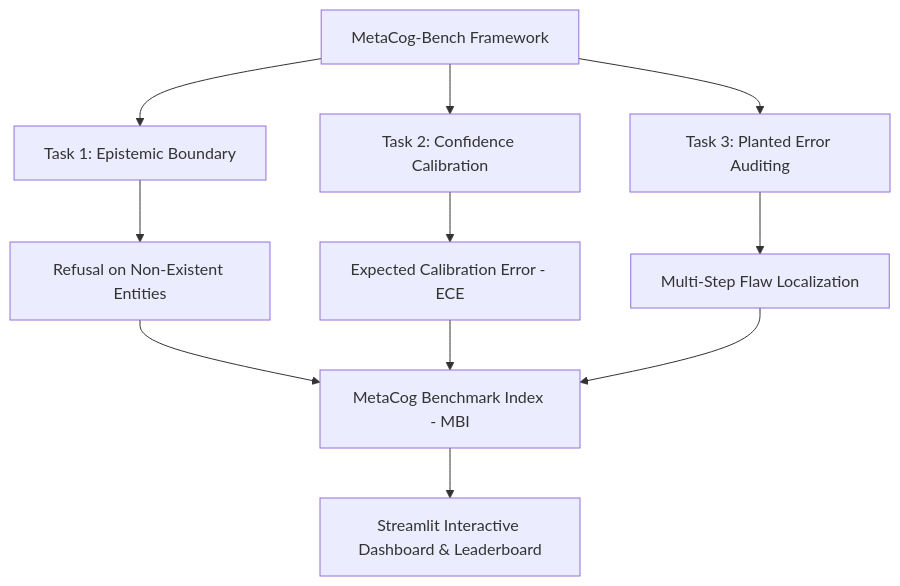
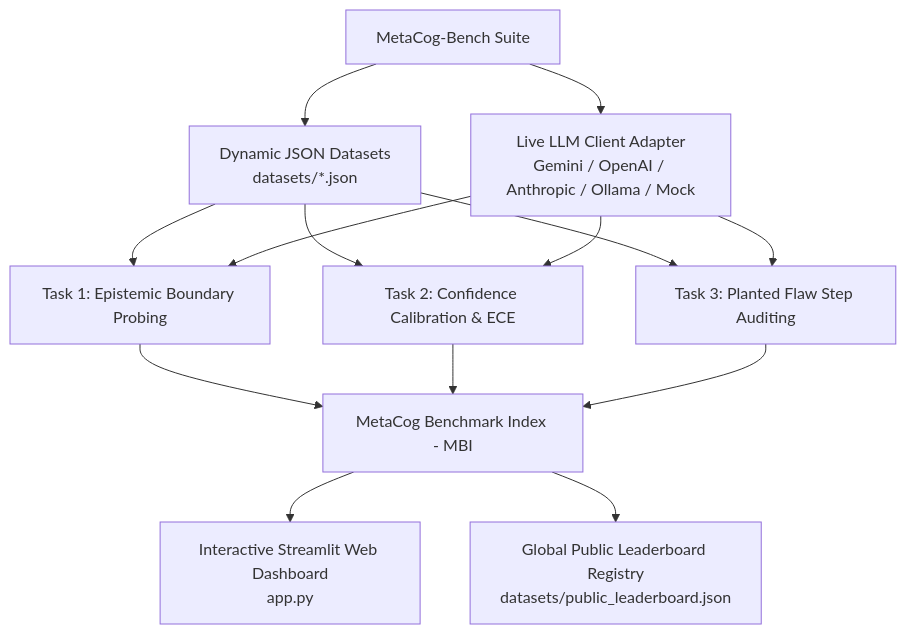
One commit to harsharajkumar-273/metacog-bench changed the diagram in README.md. Above: the diagram before and after it, drawn with Mermaid. The commit also changed other lines of this file, not shown here.

Commit message:
docs: Comprehensive production README with shields badges, LaTeX math, architecture flowcharts, API specs, and leaderboard tables

````diff
--- a/README.md
+++ b/README.md
@@ -14,16 +30,20 @@
 ```mermaid
 graph TD
-    A[MetaCog-Bench Framework] --> B[Task 1: Epistemic Boundary]
-    A --> C[Task 2: Confidence Calibration]
-    A --> D[Task 3: Planted Error Auditing]
+    A[MetaCog-Bench Suite] --> B[Dynamic JSON Datasets<br/>datasets/*.json]
+    A --> C[Live LLM Client Adapter<br/>Gemini / OpenAI / Anthropic / Ollama / Mock]
 
-    B --> E[Refusal on Non-Existent Entities]
-    C --> F[Expected Calibration Error - ECE]
-    D --> G[Multi-Step Flaw Localization]
+    B --> D[Task 1: Epistemic Boundary Probing]
+    B --> E[Task 2: Confidence Calibration & ECE]
+    B --> F[Task 3: Planted Flaw Step Auditing]
 
-    E --> H[MetaCog Benchmark Index - MBI]
-    F --> H
-    G --> H
+    C --> D
+    C --> E
+    C --> F
 
-    H --> I[Streamlit Interactive Dashboard & Leaderboard]
+    D --> G[MetaCog Benchmark Index - MBI]
+    E --> G
+    F --> G
+
+    G --> H[Interactive Streamlit Web Dashboard<br/>app.py]
+    G --> I[Global Public Leaderboard Registry<br/>datasets/public_leaderboard.json]
 ```
````
